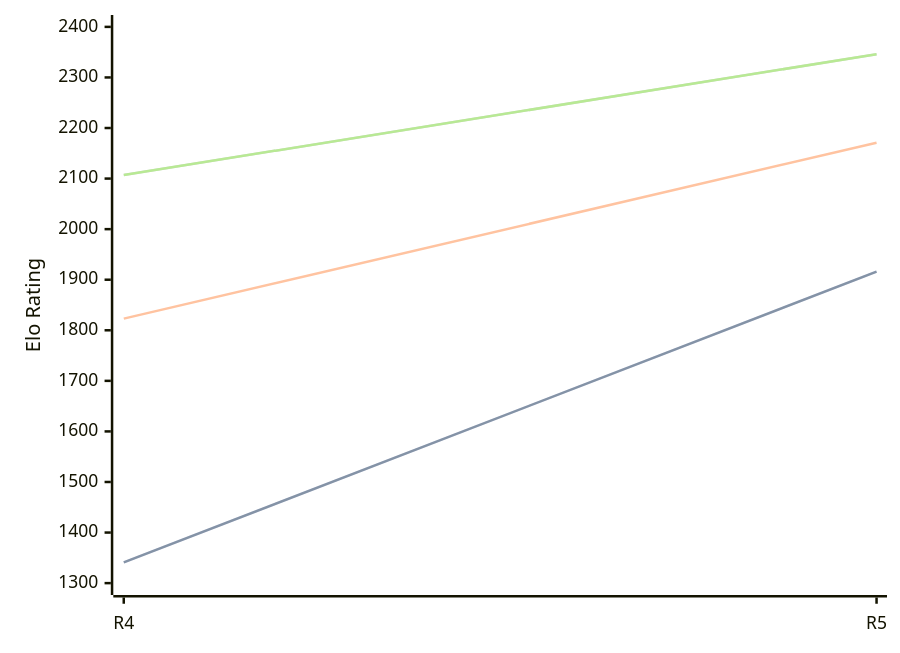
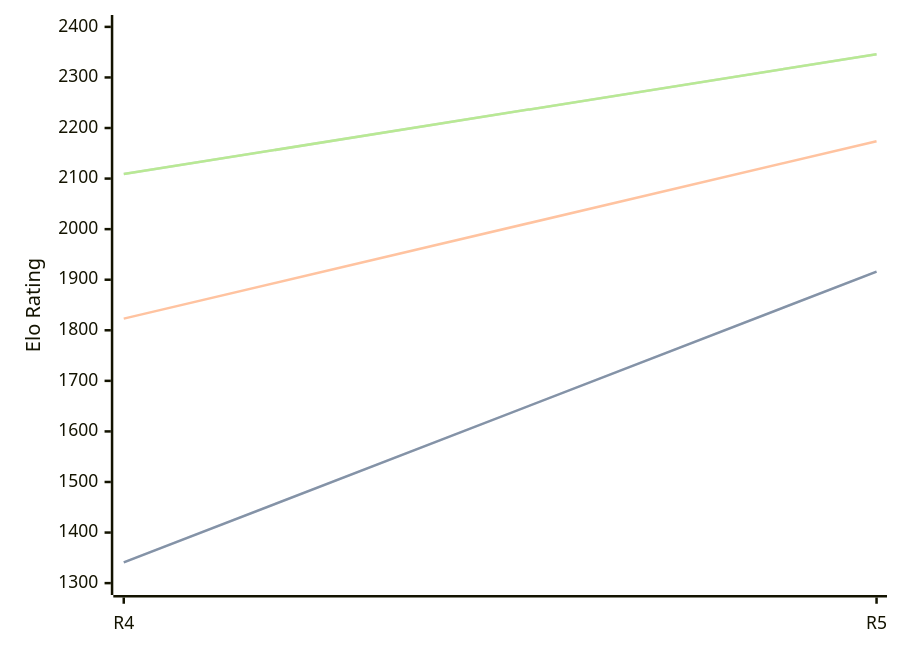
One commit to computer-chess-index/cci changed the third of 3 diagrams in engines/Viking.md. Above: the diagram before and after it, drawn with Mermaid. The commit also changed other lines of this file, not shown here.

Commit message:
Update CCI Ratings (ELO VLTC) - 2026-07-02

````diff
--- a/engines/Viking.md
+++ b/engines/Viking.md
@@ -68,11 +68,11 @@
 ```mermaid
 %%{init: {"theme":"base","themeVariables":{"seriesColors:['#a3a3a3','#222221','#faa371']}}}%%
 xychart-beta
   x-axis ["R4", "R5"]
   y-axis "Elo Rating" 1300 --> 2400
   line "STC (8.0+0.08s)" [1341, 1916]
   line "STC (8.0+0.08s)" [1341, 1916]
-  line "LTC (60.0+0.60s)" [1823, 2171]
-  line "VLTC (2m24s+1.12s)" [2107, 2346]
-  line "VLTC (2m24s+1.12s)" [2107, 2346]
+  line "LTC (60.0+0.60s)" [1823, 2174]
+  line "VLTC (2m24s+1.12s)" [2109, 2346]
+  line "VLTC (2m24s+1.12s)" [2109, 2346]
 ```
````
